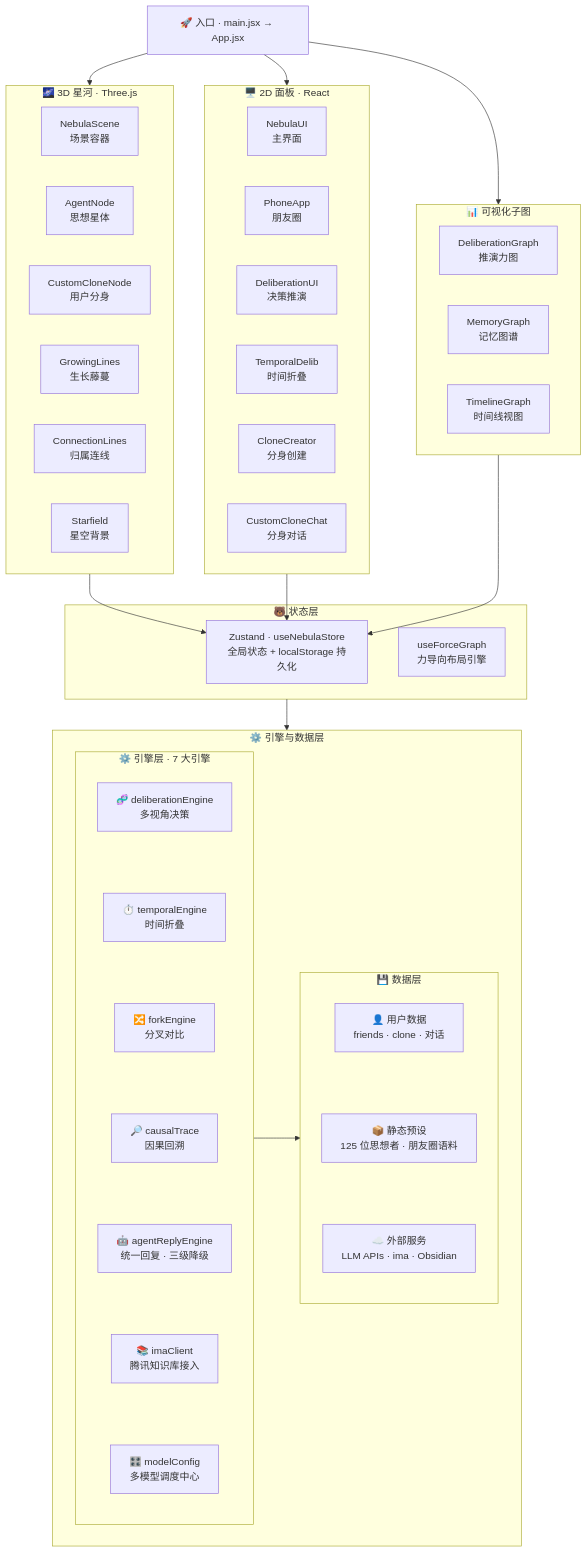
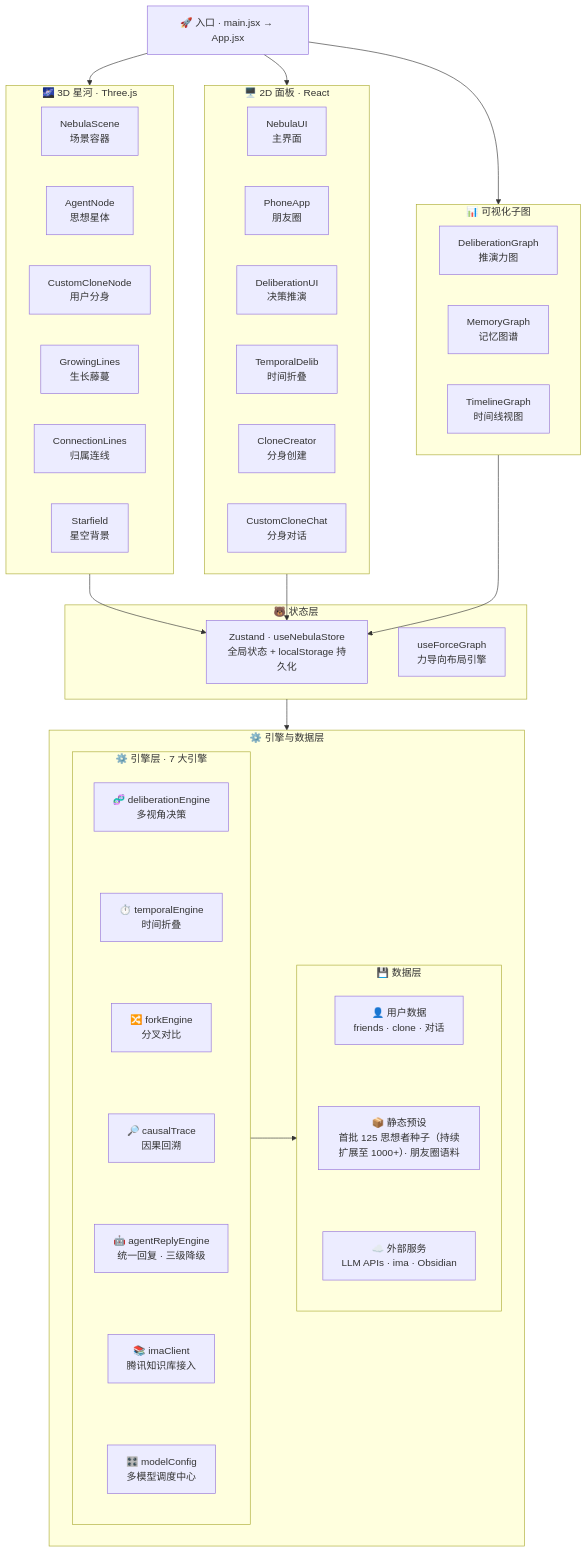
One commit to zhouzengxian/foldneb changed the diagram in README.md. Above: the diagram before and after it, drawn with Mermaid. The commit also changed other lines of this file and 50 other files, not shown here.

````diff
--- a/README.md
+++ b/README.md
@@ -28,54 +40,54 @@
 ```mermaid
 flowchart TB
     ENTRY["🚀 入口 · main.jsx → App.jsx"]
     ENTRY --> SCENE & PANELS & VIZ
 
     subgraph SCENE["🌌 3D 星河 · Three.js"]
         direction LR
         s1["NebulaScene<br/>场景容器"]
         s2["AgentNode<br/>思想星体"]
         s3["CustomCloneNode<br/>用户分身"]
         s4["GrowingLines<br/>生长藤蔓"]
         s5["ConnectionLines<br/>归属连线"]
         s6["Starfield<br/>星空背景"]
     end
 
     subgraph PANELS["🖥️ 2D 面板 · React"]
         direction LR
         p1["NebulaUI<br/>主界面"]
         p2["PhoneApp<br/>朋友圈"]
         p3["DeliberationUI<br/>决策推演"]
         p4["TemporalDelib<br/>时间折叠"]
         p5["CloneCreator<br/>分身创建"]
         p6["CustomCloneChat<br/>分身对话"]
     end
 
     subgraph VIZ["📊 可视化子图"]
         direction LR
         v1["DeliberationGraph<br/>推演力图"]
         v2["MemoryGraph<br/>记忆图谱"]
         v3["TimelineGraph<br/>时间线视图"]
     end
 
     SCENE & PANELS & VIZ --> STORE
 
     subgraph STATE["🐻 状态层"]
         STORE["Zustand · useNebulaStore<br/>全局状态 + localStorage 持久化"]
         FORCE["useForceGraph<br/>力导向布局引擎"]
     end
 
     STATE --> BOTTOM
 
     subgraph BOTTOM["⚙️ 引擎与数据层"]
         direction LR
         subgraph ENGINE["⚙️ 引擎层 · 7 大引擎"]
             direction TB
             e1["🧬 deliberationEngine<br/>多视角决策"] ~~~ e2["⏱️ temporalEngine<br/>时间折叠"] ~~~ e3["🔀 forkEngine<br/>分叉对比"] ~~~ e4["🔎 causalTrace<br/>因果回溯"] ~~~ e5["🤖 agentReplyEngine<br/>统一回复 · 三级降级"] ~~~ e6["📚 imaClient<br/>腾讯知识库接入"] ~~~ e7["🎛️ modelConfig<br/>多模型调度中心"]
         end
         ENGINE --> DATA
         subgraph DATA["💾 数据层"]
             direction TB
-            d1["👤 用户数据<br/>friends · clone · 对话"] ~~~ d2["📦 静态预设<br/>125 位思想者 · 朋友圈语料"] ~~~ d3["☁️ 外部服务<br/>LLM APIs · ima · Obsidian"]
+            d1["👤 用户数据<br/>friends · clone · 对话"] ~~~ d2["📦 静态预设<br/>首批 125 思想者种子（持续扩展至 1000+）· 朋友圈语料"] ~~~ d3["☁️ 外部服务<br/>LLM APIs · ima · Obsidian"]
         end
     end
 ```
````
